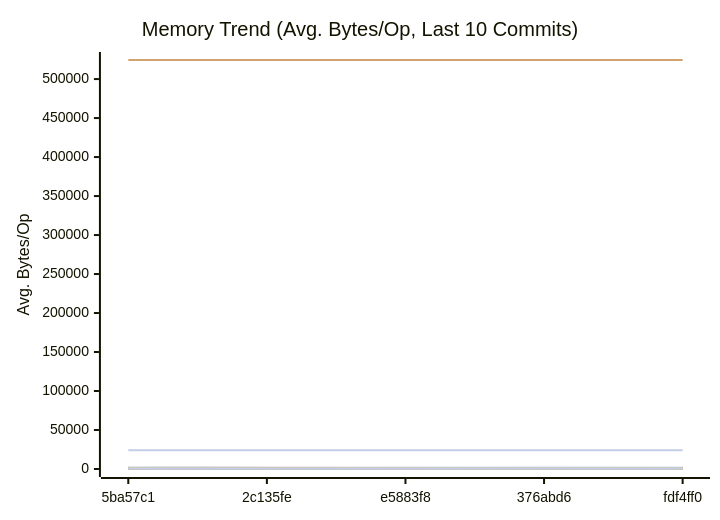
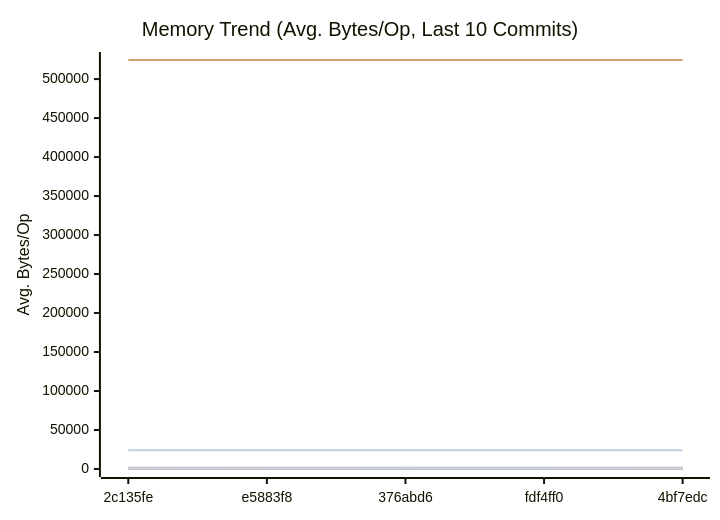
Before and after one commit to alsotoes/momo: the second of 3 diagrams in docs/PERFORMANCE.md, drawn with Mermaid. The commit also changed other lines of this file and 4 other files, not shown here.

````diff
--- a/docs/PERFORMANCE.md
+++ b/docs/PERFORMANCE.md
@@ -310,44 +309,44 @@
 ```mermaid
 xychart-beta
     title "Memory Trend (Avg. Bytes/Op, Last 10 Commits)"
     x-axis "Commit"
     y-axis "Avg. Bytes/Op"
-    x-axis [5ba57c1,2c135fe,e5883f8,376abd6,fdf4ff0]
-    line "AWSChunkedReaderSigned" [118,88,161,167,124,108,128,114,123,127]
-    line "AWSChunkedReaderUnsigned" [112,99,161,164,139,116,147,109,121,110]
+    x-axis [2c135fe,e5883f8,376abd6,fdf4ff0,4bf7edc]
+    line "AWSChunkedReaderSigned" [88,161,167,124,108,128,114,123,127,107]
+    line "AWSChunkedReaderUnsigned" [99,161,164,139,116,147,109,121,110,100]
     line "CheckMetricsAndSwap" [0,0,0,0,0,0,0,0,0,0]
     line "CrushOptimized" [0,0,0,0,0,0,0,0,0,0]
     line "CrushOriginal" [164,164,164,164,164,164,164,164,164,164]
-    line "FormatListObjectsV2XML_AppendFormat" [524454,524455,524439,524442,524446,524462,524483,524463,524491,524477]
+    line "FormatListObjectsV2XML_AppendFormat" [524455,524439,524442,524446,524462,524483,524463,524491,524477,524500]
     line "FormatListObjectsV2XML_OldFormat" [24000,24000,24000,24000,24000,24000,24000,24000,24000,24000]
-    line "HashBytes/1MiB" [210,295,265,304,292,205,221,207,239,189]
-    line "HashBytes/256MiB" [227,257,282,305,290,229,220,189,234,233]
-    line "HashBytes/64MiB" [242,298,280,320,276,225,211,189,213,196]
-    line "HashFile/1MiB" [243,239,312,273,313,212,204,182,175,202]
-    line "HashFile/256MiB" [218,259,338,304,264,203,205,211,184,230]
-    line "HashFile/64MiB" [234,270,336,269,324,201,204,237,203,232]
+    line "HashBytes/1MiB" [295,265,304,292,205,221,207,239,189,200]
+    line "HashBytes/256MiB" [257,282,305,290,229,220,189,234,233,223]
+    line "HashBytes/64MiB" [298,280,320,276,225,211,189,213,196,188]
+    line "HashFile/1MiB" [239,312,273,313,212,204,182,175,202,190]
+    line "HashFile/256MiB" [259,338,304,264,203,205,211,184,230,193]
+    line "HashFile/64MiB" [270,336,269,324,201,204,237,203,232,194]
     line "IndexDirectTracking" [0,0,0,0,0,0,0,0,0,0]
     line "IndexSearch" [0,0,0,0,0,0,0,0,0,0]
     line "LastModifiedHeader_AppendFormat" [0,0,0,0,0,0,0,0,0,0]
     line "LastModifiedHeader_Format" [32,32,32,32,32,32,32,32,32,32]
     line "LoadGlobalConfig" [1976,1976,1976,1976,1976,1976,1976,1976,1976,1976]
-    line "LocalWrite/1MiB" [2442,1282,1458,2352,2430,1992,1318,1899,1346,1995]
-    line "LocalWrite/256MiB" [2163,1698,2231,2851,2682,2123,1776,2213,1940,2087]
-    line "LocalWrite/64MiB" [2167,1927,2401,2788,2594,2044,1265,2063,1863,1888]
+    line "LocalWrite/1MiB" [1282,1458,2352,2430,1992,1318,1899,1346,1995,1817]
+    line "LocalWrite/256MiB" [1698,2231,2851,2682,2123,1776,2213,1940,2087,2086]
+    line "LocalWrite/64MiB" [1927,2401,2788,2594,2044,1265,2063,1863,1888,2026]
     line "PadString" [64,64,64,64,64,64,64,64,64,64]
     line "ParseReplicationOrder_NoPrealloc" [408,408,408,408,408,248,248,248,248,248]
     line "ParseReplicationOrder_Prealloc" [240,240,240,240,240,80,80,80,80,80]
     line "Placement" [352,352,352,352,352,352,352,352,352,352]
     line "PlacementDomainSpread" [352,352,352,352,352,352,352,352,352,352]
-    line "ReadVerify/1MiB" [214,172,334,276,292,235,206,264,221,222]
-    line "ReadVerify/256MiB" [281,190,268,334,304,216,201,233,215,188]
-    line "ReadVerify/64MiB" [213,200,313,289,245,165,200,233,217,201]
-    line "S3PutSpool/1MiB" [221,160,277,241,233,181,162,207,157,170]
-    line "S3PutSpool/256MiB" [219,235,247,254,258,182,190,202,165,171]
-    line "S3PutSpool/64MiB" [247,177,273,230,242,175,170,238,183,173]
+    line "ReadVerify/1MiB" [172,334,276,292,235,206,264,221,222,228]
+    line "ReadVerify/256MiB" [190,268,334,304,216,201,233,215,188,195]
+    line "ReadVerify/64MiB" [200,313,289,245,165,200,233,217,201,195]
+    line "S3PutSpool/1MiB" [160,277,241,233,181,162,207,157,170,157]
+    line "S3PutSpool/256MiB" [235,247,254,258,182,190,202,165,171,152]
+    line "S3PutSpool/64MiB" [177,273,230,242,175,170,238,183,173,176]
     line "SanitizeLog/Safe" [0,0,0,0,0,0,0,0,0,0]
     line "SanitizeLog/Unsafe" [704,704,704,704,704,704,704,704,704,704]
-    line "TrustedRead/1MiB" [233,286,297,309,258,162,184,216,228,174]
-    line "TrustedRead/256MiB" [265,163,303,311,285,186,175,219,190,237]
-    line "TrustedRead/64MiB" [267,198,308,293,274,201,160,199,226,173]
+    line "TrustedRead/1MiB" [286,297,309,258,162,184,216,228,174,171]
+    line "TrustedRead/256MiB" [163,303,311,285,186,175,219,190,237,202]
+    line "TrustedRead/64MiB" [198,308,293,274,201,160,199,226,173,163]
 ```
````
